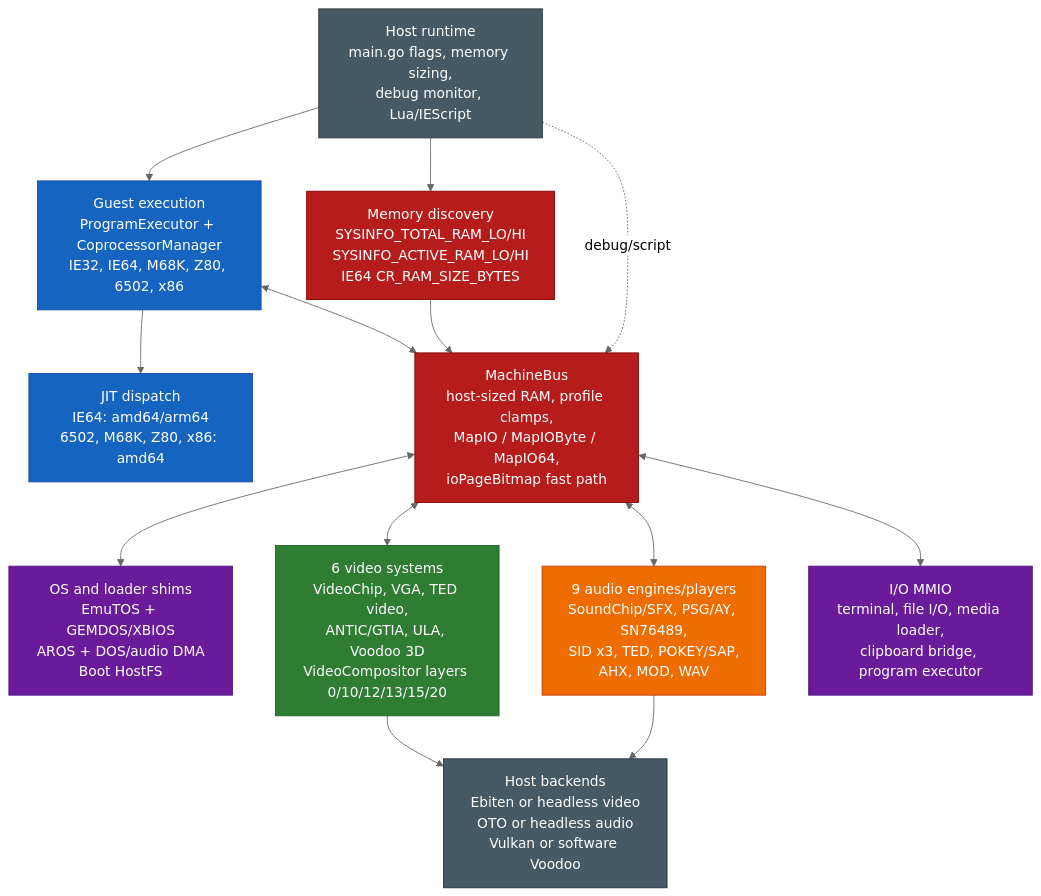
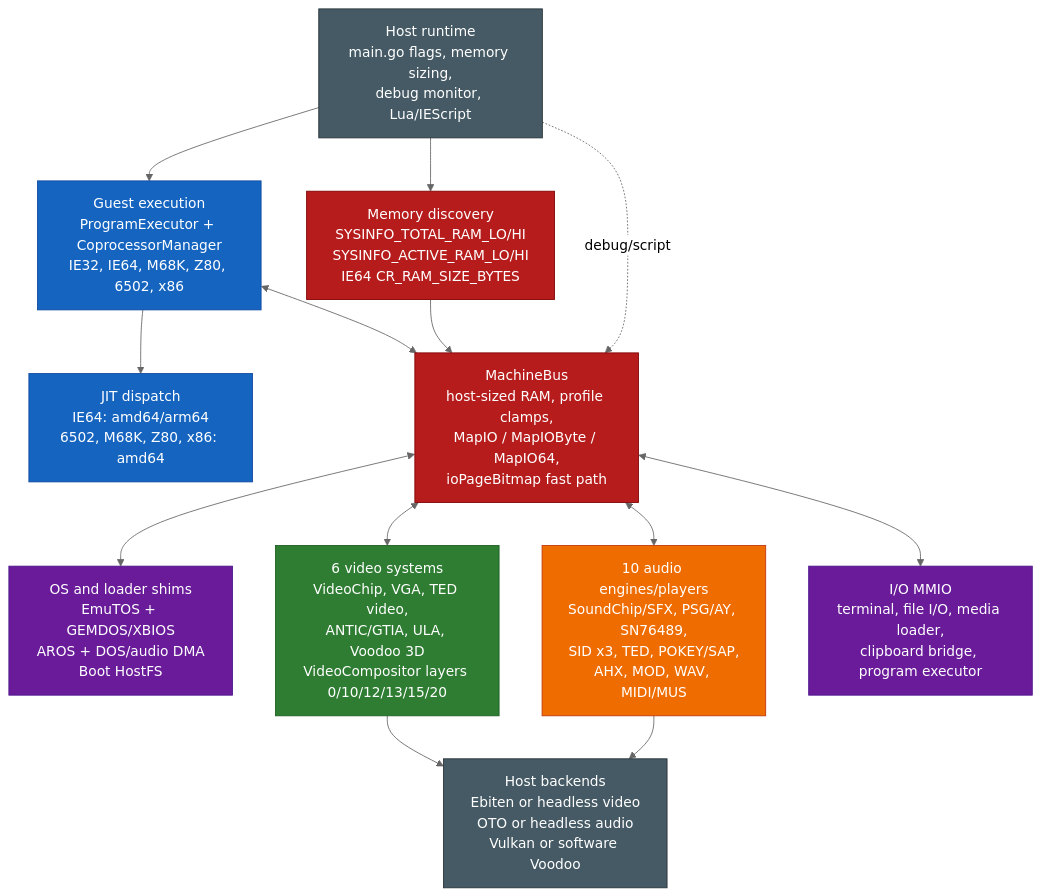
Before and after one commit to IntuitionAmiga/IntuitionEngine: the second of 12 diagrams in sdk/docs/architecture.md, drawn with Mermaid (neutral theme). The commit also changed other lines of this file and 32 other files, not shown here.

Commit message:
Add MIDI and MUS playback support

````diff
--- a/sdk/docs/architecture.md
+++ b/sdk/docs/architecture.md
@@ -296,40 +299,40 @@
 ```mermaid
 flowchart TB
     HOST["Host runtime<br/>main.go flags, memory sizing,<br/>debug monitor, Lua/IEScript"]
     EXEC["Guest execution<br/>ProgramExecutor + CoprocessorManager<br/>IE32, IE64, M68K, Z80, 6502, x86"]
     JIT["JIT dispatch<br/>IE64: amd64/arm64<br/>6502, M68K, Z80, x86: amd64"]
     BUS["MachineBus<br/>host-sized RAM, profile clamps,<br/>MapIO / MapIOByte / MapIO64,<br/>ioPageBitmap fast path"]
     MEM["Memory discovery<br/>SYSINFO_TOTAL_RAM_LO/HI<br/>SYSINFO_ACTIVE_RAM_LO/HI<br/>IE64 CR_RAM_SIZE_BYTES"]
     OS["OS and loader shims<br/>EmuTOS + GEMDOS/XBIOS<br/>AROS + DOS/audio DMA<br/>Boot HostFS"]
     VIDEO["6 video systems<br/>VideoChip, VGA, TED video,<br/>ANTIC/GTIA, ULA, Voodoo 3D<br/>VideoCompositor layers 0/10/12/13/15/20"]
-    AUDIO["9 audio engines/players<br/>SoundChip/SFX, PSG/AY, SN76489,<br/>SID x3, TED, POKEY/SAP,<br/>AHX, MOD, WAV"]
+    AUDIO["10 audio engines/players<br/>SoundChip/SFX, PSG/AY, SN76489,<br/>SID x3, TED, POKEY/SAP,<br/>AHX, MOD, WAV, MIDI/MUS"]
     IO["I/O MMIO<br/>terminal, file I/O, media loader,<br/>clipboard bridge, program executor"]
     BACKEND["Host backends<br/>Ebiten or headless video<br/>OTO or headless audio<br/>Vulkan or software Voodoo"]
 
     HOST --> EXEC
     HOST --> MEM
     EXEC --> JIT
     EXEC <--> BUS
     MEM --> BUS
     BUS <--> OS
     BUS <--> VIDEO
     BUS <--> AUDIO
     BUS <--> IO
     VIDEO --> BACKEND
     AUDIO --> BACKEND
     HOST -. debug/script .-> BUS
 
     classDef host fill:#455A64,stroke:#263238,color:#fff
     classDef cpu fill:#1565C0,stroke:#0D47A1,color:#fff
     classDef bus fill:#B71C1C,stroke:#7F0000,color:#fff
     classDef os fill:#6A1B9A,stroke:#4A148C,color:#fff
     classDef video fill:#2E7D32,stroke:#1B5E20,color:#fff
     classDef audio fill:#EF6C00,stroke:#BF360C,color:#fff
 
     class HOST,BACKEND host
     class EXEC,JIT cpu
     class BUS,MEM bus
     class OS,IO os
     class VIDEO video
     class AUDIO audio
 ```
````
